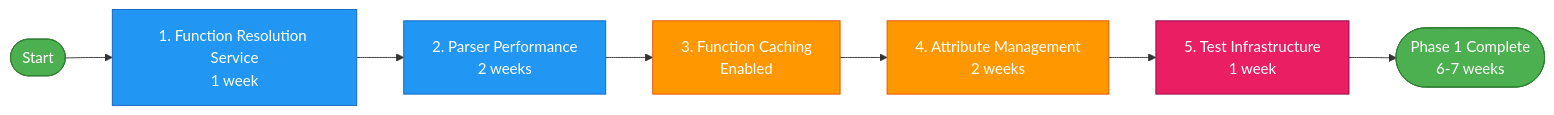
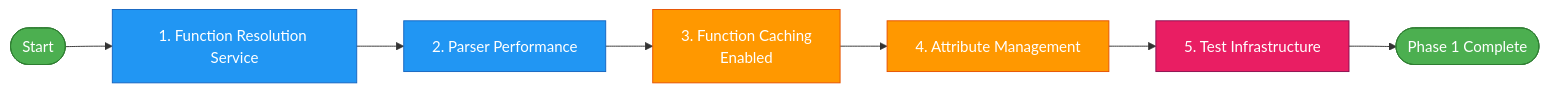
The second of 9 diagrams in TODO_DEPENDENCY_GRAPH.md (SharpMUSH/SharpMUSH), drawn with Mermaid before and after one commit. The commit also changed other lines of this file and 2 other files, not shown here.

````diff
--- a/TODO_DEPENDENCY_GRAPH.md
+++ b/TODO_DEPENDENCY_GRAPH.md
@@ -72,17 +72,17 @@
 ```mermaid
 graph LR
-    START([Start]) --> FRS[1. Function Resolution Service<br/>1 week]
-    FRS --> PERF[2. Parser Performance<br/>2 weeks]
+    START([Start]) --> FRS[1. Function Resolution Service]
+    FRS --> PERF[2. Parser Performance]
     PERF --> CACHE[3. Function Caching<br/>Enabled]
-    CACHE --> ATTR[4. Attribute Management<br/>2 weeks]
-    ATTR --> TINFRA[5. Test Infrastructure<br/>1 week]
-    TINFRA --> COMPLETE([Phase 1 Complete<br/>6-7 weeks])
+    CACHE --> ATTR[4. Attribute Management]
+    ATTR --> TINFRA[5. Test Infrastructure]
+    TINFRA --> COMPLETE([Phase 1 Complete])
     
     style START fill:#4caf50,stroke:#2e7d32,color:#fff
     style COMPLETE fill:#4caf50,stroke:#2e7d32,color:#fff
     style FRS fill:#2196f3,stroke:#1565c0,color:#fff
     style PERF fill:#2196f3,stroke:#1565c0,color:#fff
     style CACHE fill:#ff9800,stroke:#e65100,color:#fff
     style ATTR fill:#ff9800,stroke:#e65100,color:#fff
     style TINFRA fill:#e91e63,stroke:#880e4f,color:#fff
 ```
````
